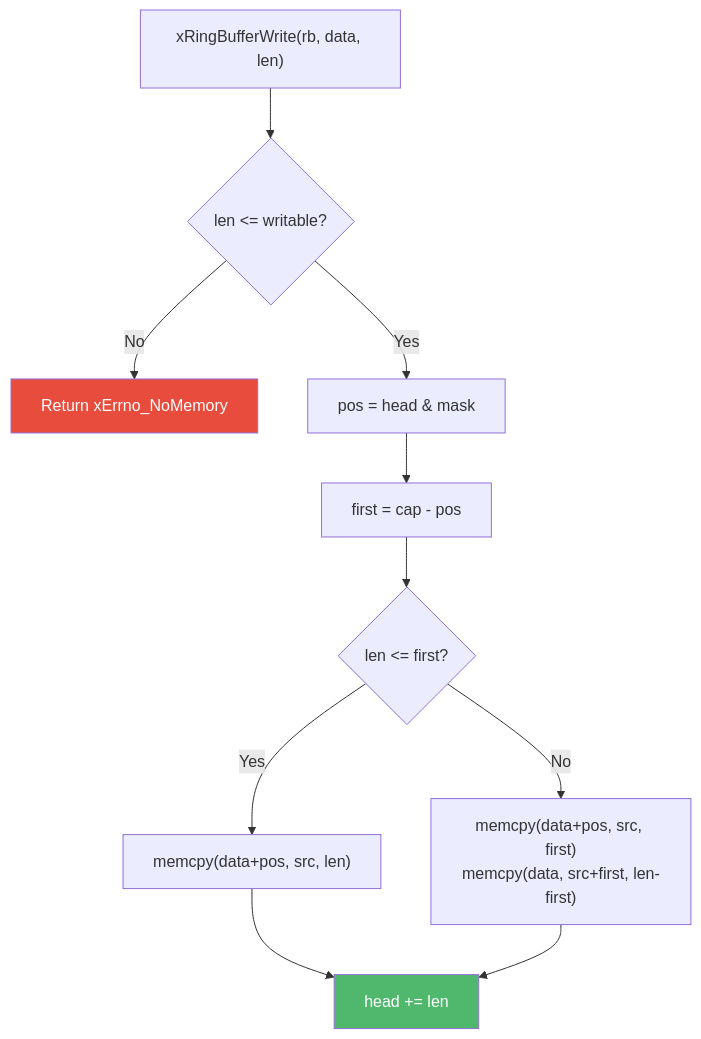
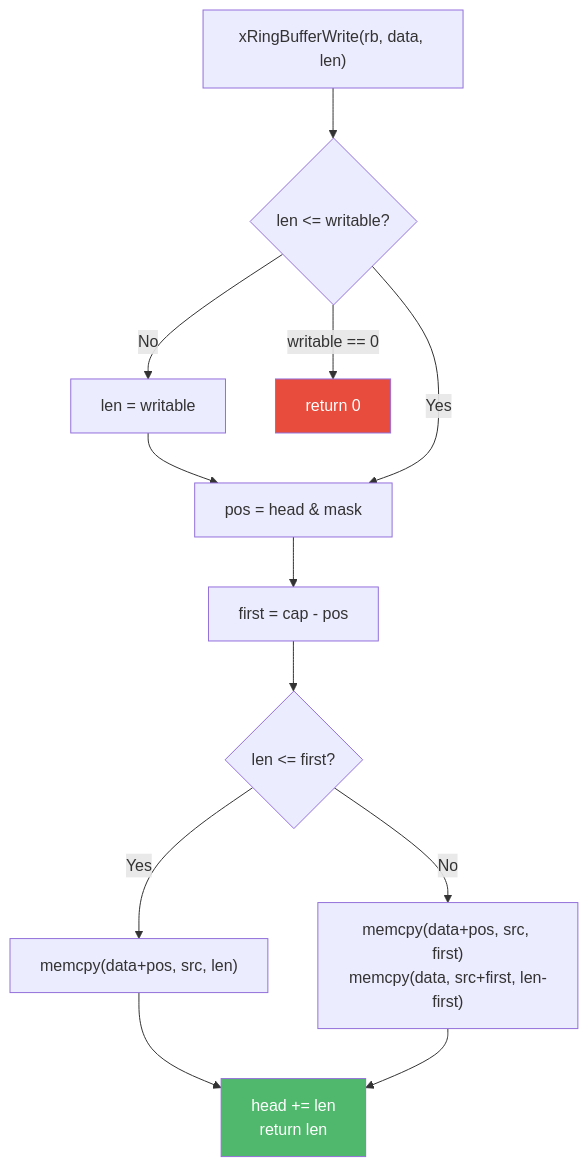
One commit to mivinci/DownloadKit changed the second of 2 diagrams in docs/modules/xbuf/ring.md. Above: the diagram before and after it, drawn with Mermaid. The commit also changed other lines of this file and 6 other files, not shown here.

````diff
--- a/docs/modules/xbuf/ring.md
+++ b/docs/modules/xbuf/ring.md
@@ -103,21 +103,24 @@
 ```mermaid
 flowchart TD
     WRITE["xRingBufferWrite(rb, data, len)"]
     CHECK{"len <= writable?"}
-    FAIL["Return xErrno_NoMemory"]
+    CLAMP["len = writable"]
     POS["pos = head & mask"]
     FIRST["first = cap - pos"]
     WRAP{"len <= first?"}
     SINGLE["memcpy(data+pos, src, len)"]
     SPLIT["memcpy(data+pos, src, first)<br/>memcpy(data, src+first, len-first)"]
-    ADVANCE["head += len"]
+    ADVANCE["head += len<br/>return len"]
+    ZERO["return 0"]
 
     WRITE --> CHECK
-    CHECK -->|No| FAIL
-    CHECK -->|Yes| POS --> FIRST --> WRAP
+    CHECK -->|No| CLAMP --> POS
+    CHECK -->|Yes| POS
+    CHECK -->|writable == 0| ZERO
+    POS --> FIRST --> WRAP
     WRAP -->|Yes| SINGLE --> ADVANCE
     WRAP -->|No| SPLIT --> ADVANCE
 
-    style FAIL fill:#e74c3c,color:#fff
+    style ZERO fill:#e74c3c,color:#fff
     style ADVANCE fill:#50b86c,color:#fff
 ```
````
